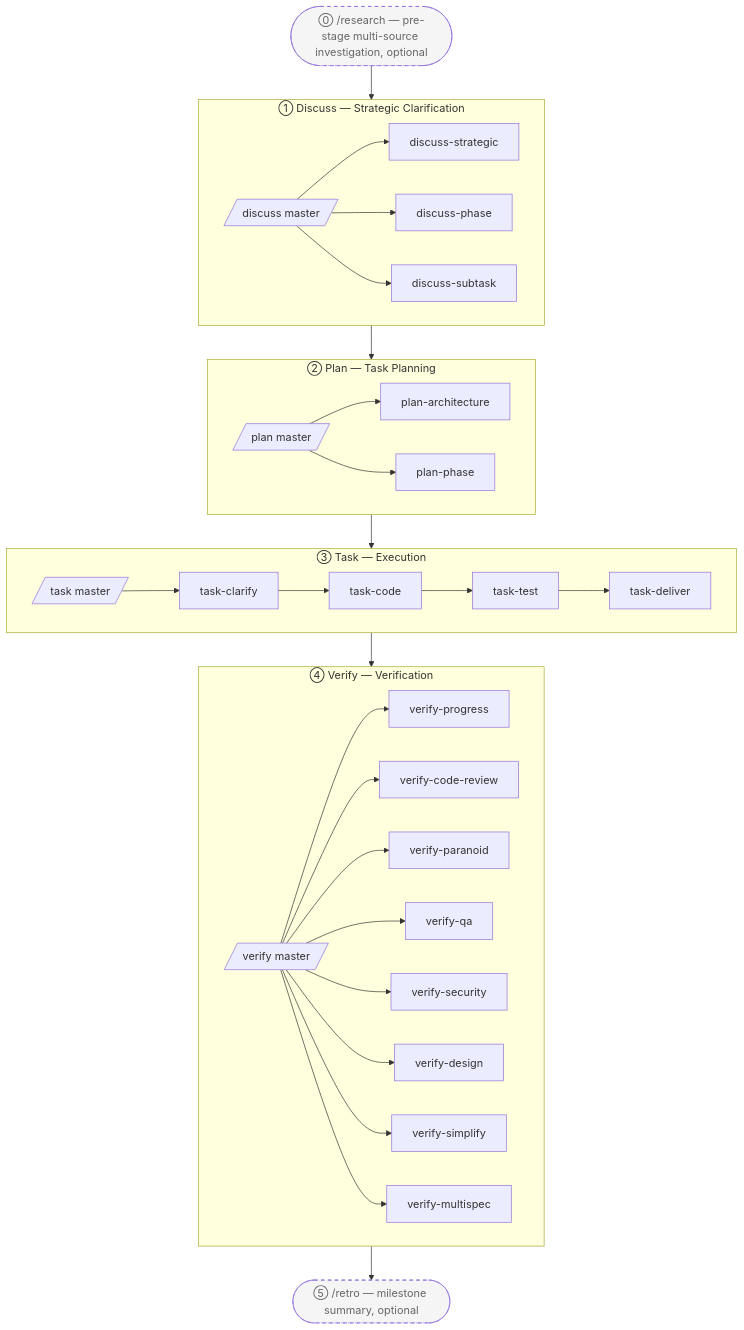
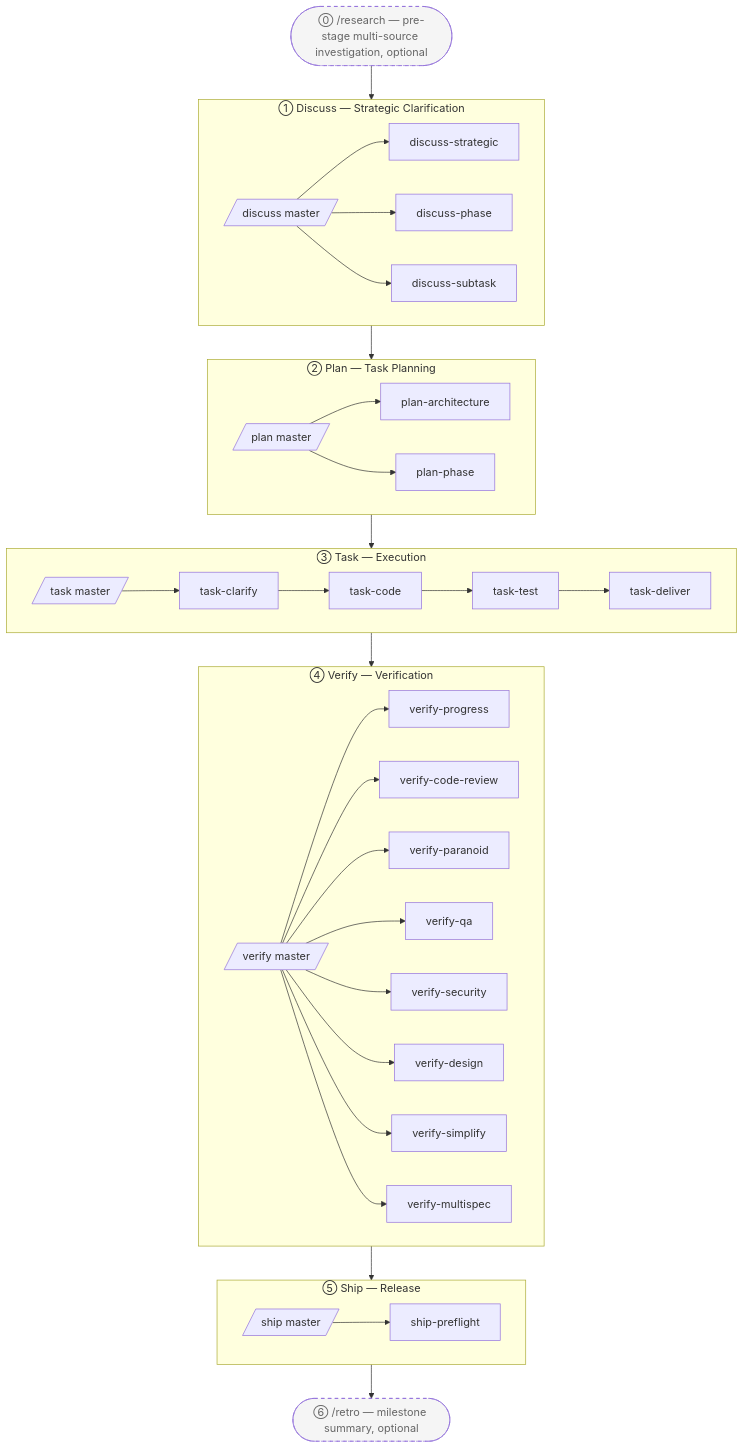
One commit to easyinplay/harnessed changed the second of 2 diagrams in README.md. Above: the diagram before and after it, drawn with Mermaid. The commit also changed other lines of this file, not shown here.

First line of the commit message:
docs(readme): convert to the 5-stage operating loop (add Ship)

````diff
--- a/README.md
+++ b/README.md
@@ -121,42 +121,47 @@
 ```mermaid
 graph TD
   RS([⓪ /research — pre-stage multi-source investigation, optional]):::optional
   subgraph Discuss[① Discuss — Strategic Clarification]
     DM[/discuss master/]
     DS[discuss-strategic]
     DP[discuss-phase]
     DT[discuss-subtask]
     DM --> DS & DP & DT
   end
   subgraph Plan[② Plan — Task Planning]
     PM[/plan master/]
     PA[plan-architecture]
     PP[plan-phase]
     PM --> PA & PP
   end
   subgraph Task[③ Task — Execution]
     TM[/task master/]
     TC[task-clarify]
     TCo[task-code]
     TT[task-test]
     TD[task-deliver]
     TM --> TC --> TCo --> TT --> TD
   end
   subgraph Verify[④ Verify — Verification]
     VMs[/verify master/]
     VP[verify-progress]
     VC[verify-code-review]
     VPa[verify-paranoid]
     VQ[verify-qa]
     VS[verify-security]
     VD[verify-design]
     VSi[verify-simplify]
     VM[verify-multispec]
     VMs --> VP & VC & VPa & VQ & VS & VD & VSi & VM
   end
-  RT([⑤ /retro — milestone summary, optional]):::optional
+  subgraph Ship[⑤ Ship — Release]
+    SMs[/ship master/]
+    SP[ship-preflight]
+    SMs --> SP
+  end
+  RT([⑥ /retro — milestone summary, optional]):::optional
   RS --> Discuss
-  Discuss --> Plan --> Task --> Verify
-  Verify --> RT
+  Discuss --> Plan --> Task --> Verify --> Ship
+  Ship --> RT
   classDef optional stroke-dasharray:5 5,fill:#f5f5f5,color:#666
 ```
````
